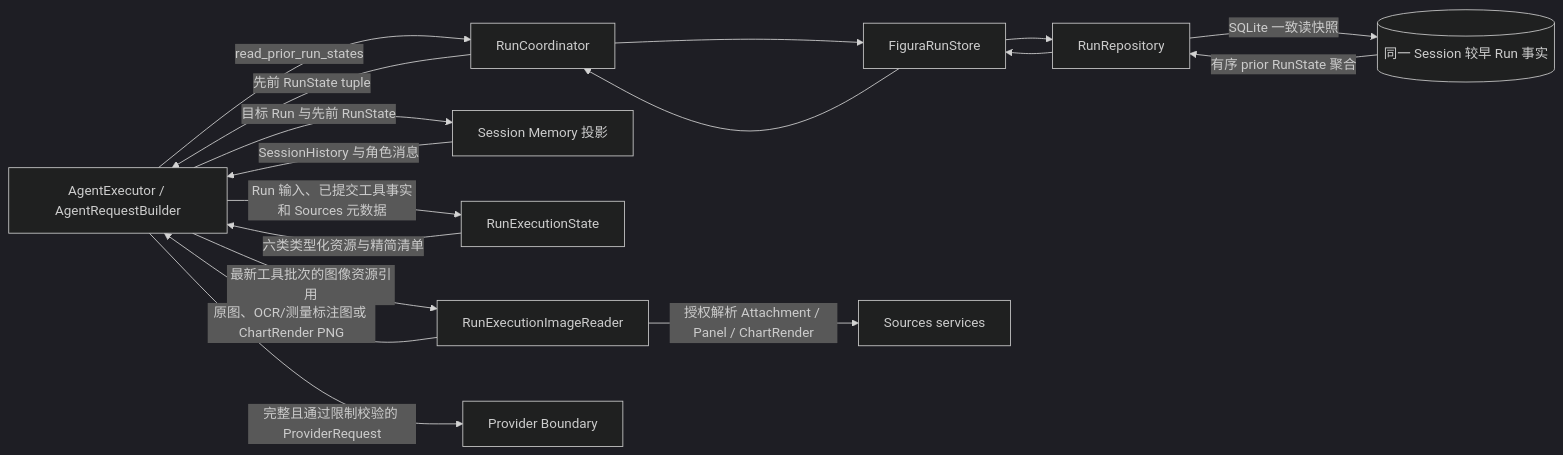
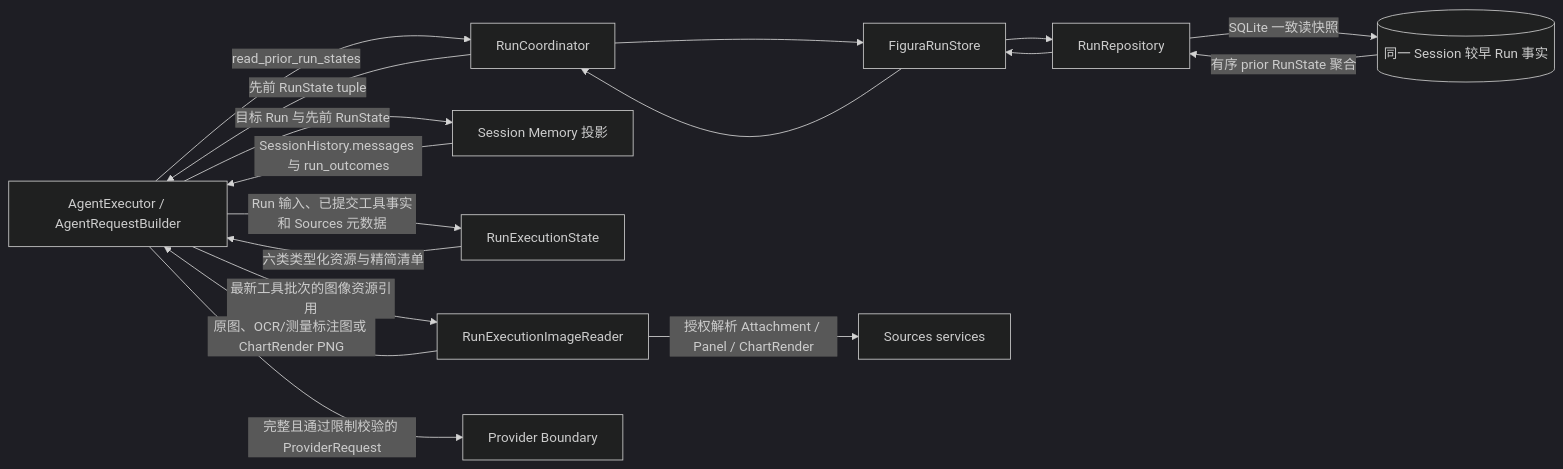
Before and after one commit to YeZibn/Figura: the diagram in docs/figura/memory.md, drawn with Mermaid (dark theme). The commit also changed other lines of this file and 63 other files, not shown here.

````diff
--- a/docs/figura/memory.md
+++ b/docs/figura/memory.md
@@ -13,17 +13,17 @@
 ```mermaid
 flowchart LR
     Agent[AgentExecutor / AgentRequestBuilder] -->|read_prior_run_states| Coordinator[RunCoordinator]
     Coordinator --> Store[FiguraRunStore]
     Store --> Repo[RunRepository]
     Repo -->|SQLite 一致读快照| Facts[(同一 Session 较早 Run 事实)]
     Facts -->|有序 prior RunState 聚合| Repo
     Repo --> Store --> Coordinator -->|先前 RunState tuple| Agent
     Agent -->|目标 Run 与先前 RunState| Memory[Session Memory 投影]
-    Memory -->|SessionHistory 与角色消息| Agent
+    Memory -->|SessionHistory.messages 与 run_outcomes| Agent
     Agent -->|Run 输入、已提交工具事实和 Sources 元数据| State[RunExecutionState]
     State -->|六类类型化资源与精简清单| Agent
     Agent -->|最新工具批次的图像资源引用| Reader[RunExecutionImageReader]
     Reader -->|授权解析 Attachment / Panel / ChartRender| Sources[Sources services]
     Reader -->|原图、OCR/测量标注图或 ChartRender PNG| Agent
     Agent -->|完整且通过限制校验的 ProviderRequest| Provider[Provider Boundary]
 ```
````
